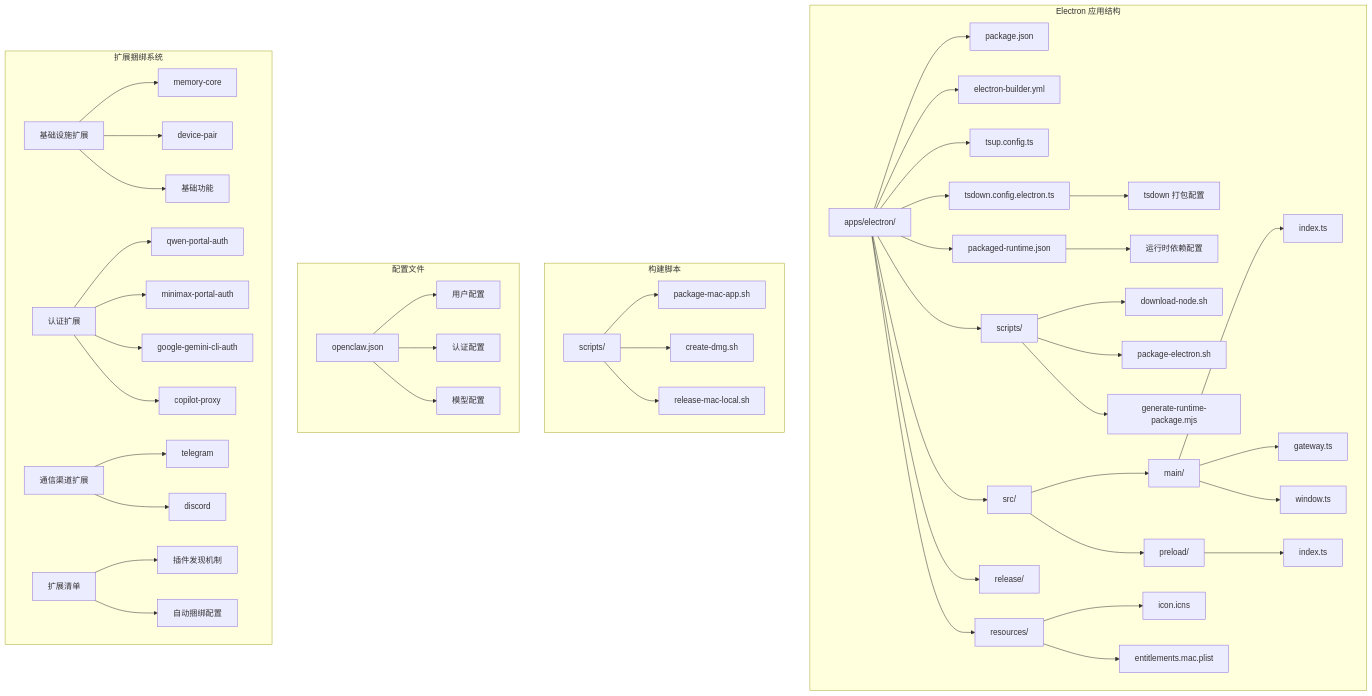
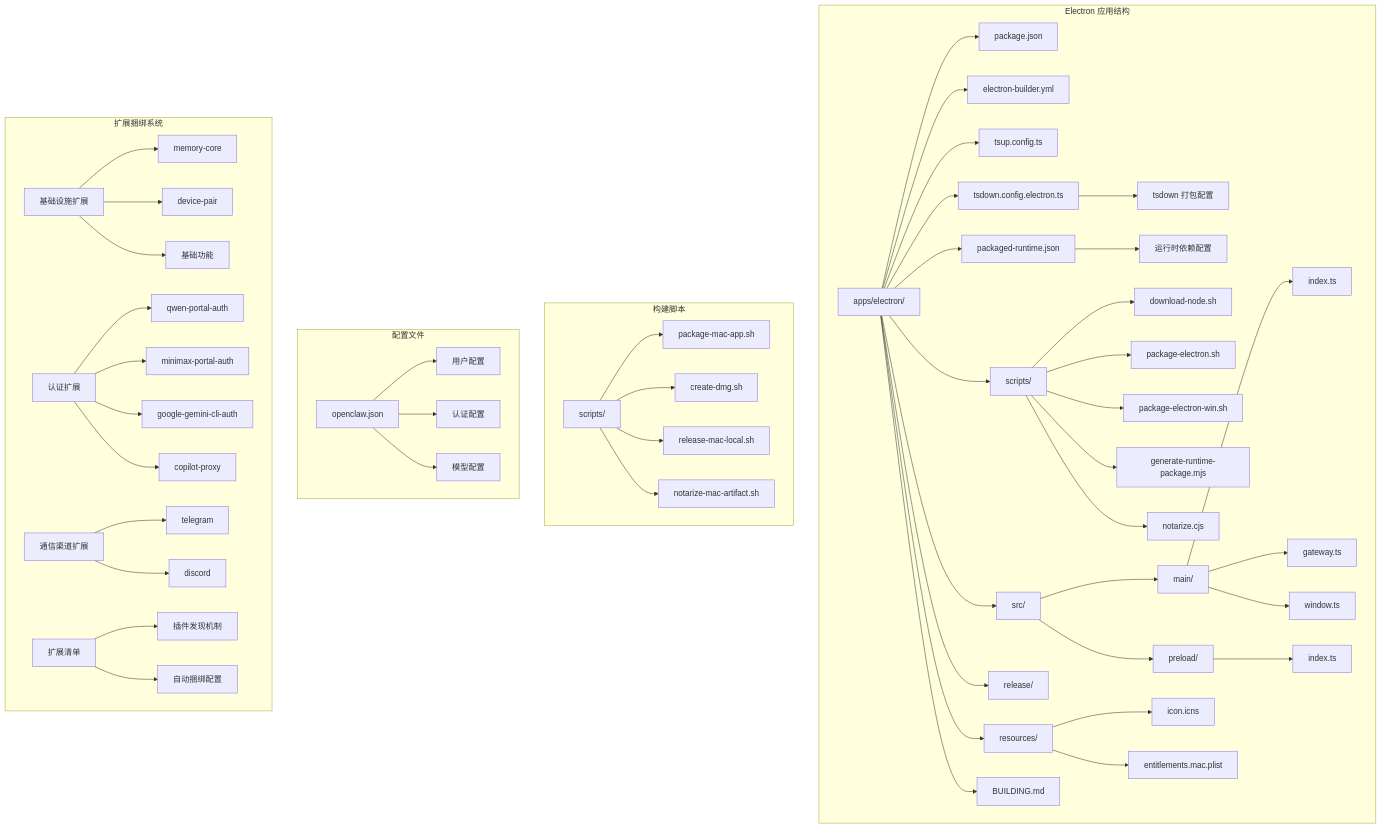
The first of 18 diagrams in .qoder/repowiki/zh/content/Electron Packaging Configuration.md (verse-ai-org/openclaw), drawn with Mermaid before and after one commit. The commit also changed other lines of this file and 75 other files, not shown here.

````diff
--- a/.qoder/repowiki/zh/content/Electron Packaging Configuration.md
+++ b/.qoder/repowiki/zh/content/Electron Packaging Configuration.md
@@ -84,50 +90,54 @@
 ```mermaid
 graph TB
 subgraph "Electron 应用结构"
 A[apps/electron/] --> B[package.json]
 A --> C[electron-builder.yml]
 A --> D[tsup.config.ts]
 A --> E[tsdown.config.electron.ts]
 A --> F[packaged-runtime.json]
 A --> G[src/]
 A --> H[resources/]
 A --> I[release/]
 A --> J[scripts/]
-E --> K[tsdown 打包配置]
-F --> L[运行时依赖配置]
-J --> M[download-node.sh]
-J --> N[package-electron.sh]
-J --> O[generate-runtime-package.mjs]
-G --> P[main/]
-G --> Q[preload/]
-P --> R[index.ts]
-P --> S[gateway.ts]
-P --> T[window.ts]
-Q --> U[index.ts]
-H --> V[icon.icns]
-H --> W[entitlements.mac.plist]
+A --> K[BUILDING.md]
+E --> L[tsdown 打包配置]
+F --> M[运行时依赖配置]
+J --> N[download-node.sh]
+J --> O[package-electron.sh]
+J --> P[package-electron-win.sh]
+J --> Q[generate-runtime-package.mjs]
+J --> R[notarize.cjs]
+G --> S[main/]
+G --> T[preload/]
+S --> U[index.ts]
+S --> V[gateway.ts]
+S --> W[window.ts]
+T --> X[index.ts]
+H --> Y[icon.icns]
+H --> Z[entitlements.mac.plist]
 end
 subgraph "构建脚本"
-X[scripts/] --> Y[package-mac-app.sh]
-X --> Z[create-dmg.sh]
-X --> AA[release-mac-local.sh]
+AA[scripts/] --> AB[package-mac-app.sh]
+AA --> AC[create-dmg.sh]
+AA --> AD[release-mac-local.sh]
+AA --> AE[notarize-mac-artifact.sh]
 end
 subgraph "配置文件"
-AB[openclaw.json] --> AC[用户配置]
-AB --> AD[认证配置]
-AB --> AE[模型配置]
+AF[openclaw.json] --> AG[用户配置]
+AF --> AH[认证配置]
+AF --> AI[模型配置]
 end
 subgraph "扩展捆绑系统"
-AF[基础设施扩展] --> AG[memory-core]
-AF --> AH[device-pair]
-AF --> AI[基础功能]
-AJ[认证扩展] --> AK[qwen-portal-auth]
-AJ --> AL[minimax-portal-auth]
-AJ --> AM[google-gemini-cli-auth]
-AJ --> AN[copilot-proxy]
-AO[通信渠道扩展] --> AP[telegram]
-AO --> AQ[discord]
-AR[扩展清单] --> AS[插件发现机制]
-AR --> AT[自动捆绑配置]
+AJ[基础设施扩展] --> AK[memory-core]
+AJ --> AL[device-pair]
+AJ --> AM[基础功能]
+AN[认证扩展] --> AO[qwen-portal-auth]
+AN --> AP[minimax-portal-auth]
+AN --> AQ[google-gemini-cli-auth]
+AN --> AR[copilot-proxy]
+AS[通信渠道扩展] --> AT[telegram]
+AS --> AU[discord]
+AV[扩展清单] --> AW[插件发现机制]
+AV --> AX[自动捆绑配置]
 end
 ```
````
